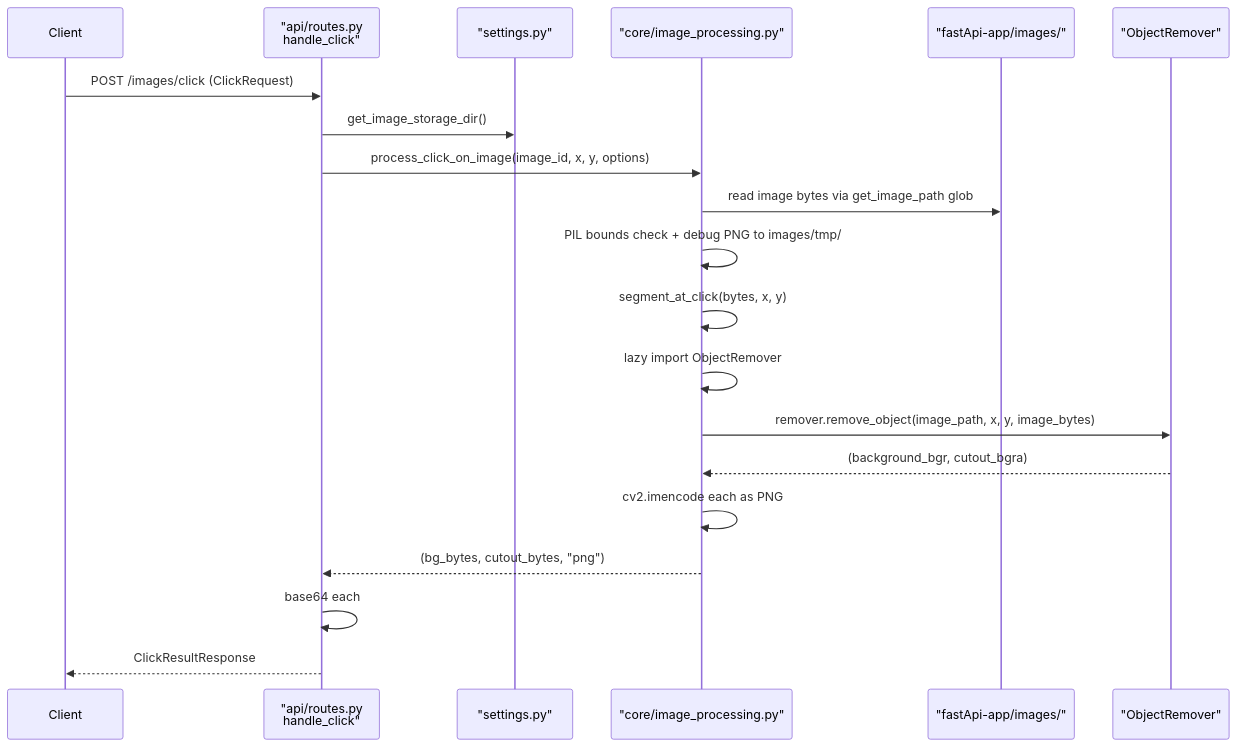
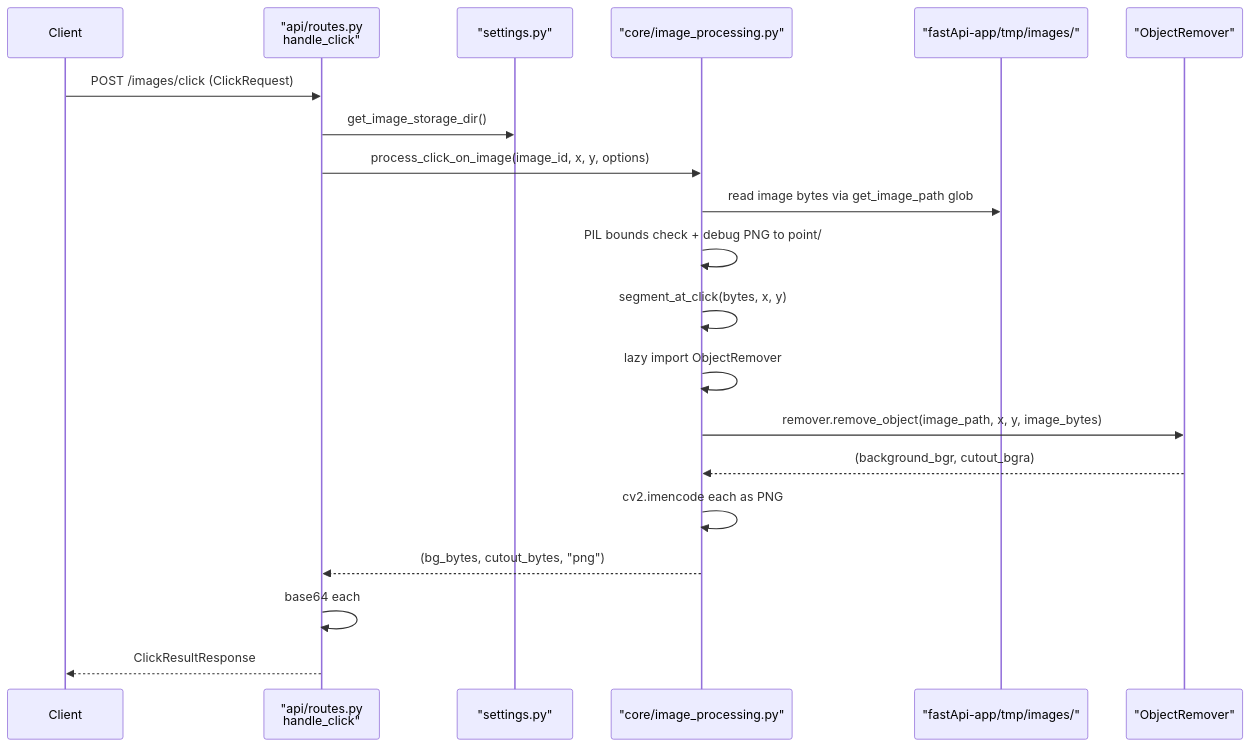
Before and after one commit to 1mache/avroom: the second of 2 diagrams in docs/backend/data-flow.md, drawn with Mermaid. The commit also changed other lines of this file and 22 other files, not shown here.

````diff
--- a/docs/backend/data-flow.md
+++ b/docs/backend/data-flow.md
@@ -29,23 +29,23 @@
 ```mermaid
 sequenceDiagram
     participant Client
     participant Router as "api/routes.py<br/>handle_click"
     participant Settings as "settings.py"
     participant Core as "core/image_processing.py"
-    participant Disk as "fastApi-app/images/"
+    participant Disk as "fastApi-app/tmp/images/"
     participant AI as "ObjectRemover"
 
     Client->>Router: POST /images/click (ClickRequest)
     Router->>Settings: get_image_storage_dir()
     Router->>Core: process_click_on_image(image_id, x, y, options)
     Core->>Disk: read image bytes via get_image_path glob
-    Core->>Core: PIL bounds check + debug PNG to images/tmp/
+    Core->>Core: PIL bounds check + debug PNG to point/
     Core->>Core: segment_at_click(bytes, x, y)
     Core->>Core: lazy import ObjectRemover
     Core->>AI: remover.remove_object(image_path, x, y, image_bytes)
     AI-->>Core: (background_bgr, cutout_bgra)
     Core->>Core: cv2.imencode each as PNG
     Core-->>Router: (bg_bytes, cutout_bytes, "png")
     Router->>Router: base64 each
     Router-->>Client: ClickResultResponse
 ```
````
